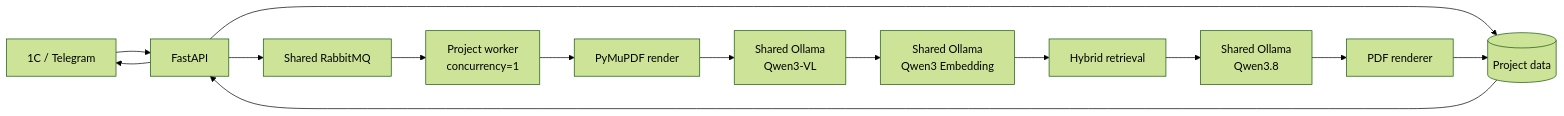
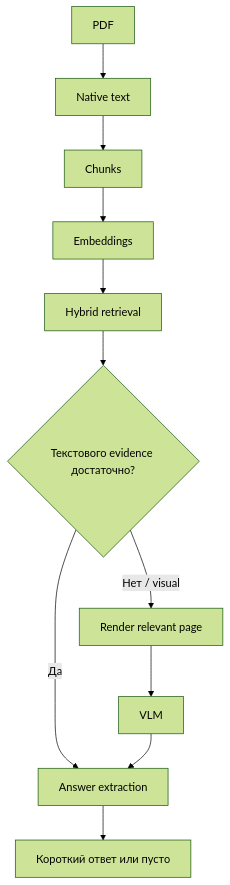
Before and after one commit to Amadu-A/tz-checklist-ai: the second of 2 diagrams in Readme.md, drawn with Mermaid (forest theme). The commit also changed other lines of this file and 47 other files, not shown here.

````diff
--- a/Readme.md
+++ b/Readme.md
@@ -75,16 +76,13 @@
 ```mermaid
-flowchart LR
-    EXT[1С / Telegram] --> API[FastAPI]
-    API --> STORE[(Project data)]
-    API --> MQ[Shared RabbitMQ]
-    MQ --> WORKER[Project worker\nconcurrency=1]
-    WORKER --> PDF[PyMuPDF render]
-    PDF --> VLM[Shared Ollama\nQwen3-VL]
-    VLM --> EMB[Shared Ollama\nQwen3 Embedding]
+flowchart TD
+    PDF[PDF] --> NATIVE[Native text]
+    NATIVE --> CHUNKS[Chunks]
+    CHUNKS --> EMB[Embeddings]
     EMB --> RET[Hybrid retrieval]
-    RET --> LLM[Shared Ollama\nQwen3.8]
-    LLM --> REPORT[PDF renderer]
-    REPORT --> STORE
-    STORE --> API
-    API --> EXT
+    RET --> EVIDENCE{Текстового evidence достаточно?}
+    EVIDENCE -- Да --> EXTRACT[Answer extraction]
+    EVIDENCE -- Нет / visual --> PAGE[Render relevant page]
+    PAGE --> VLM[VLM]
+    VLM --> EXTRACT
+    EXTRACT --> ANSWER[Короткий ответ или пусто]
 ```
````
